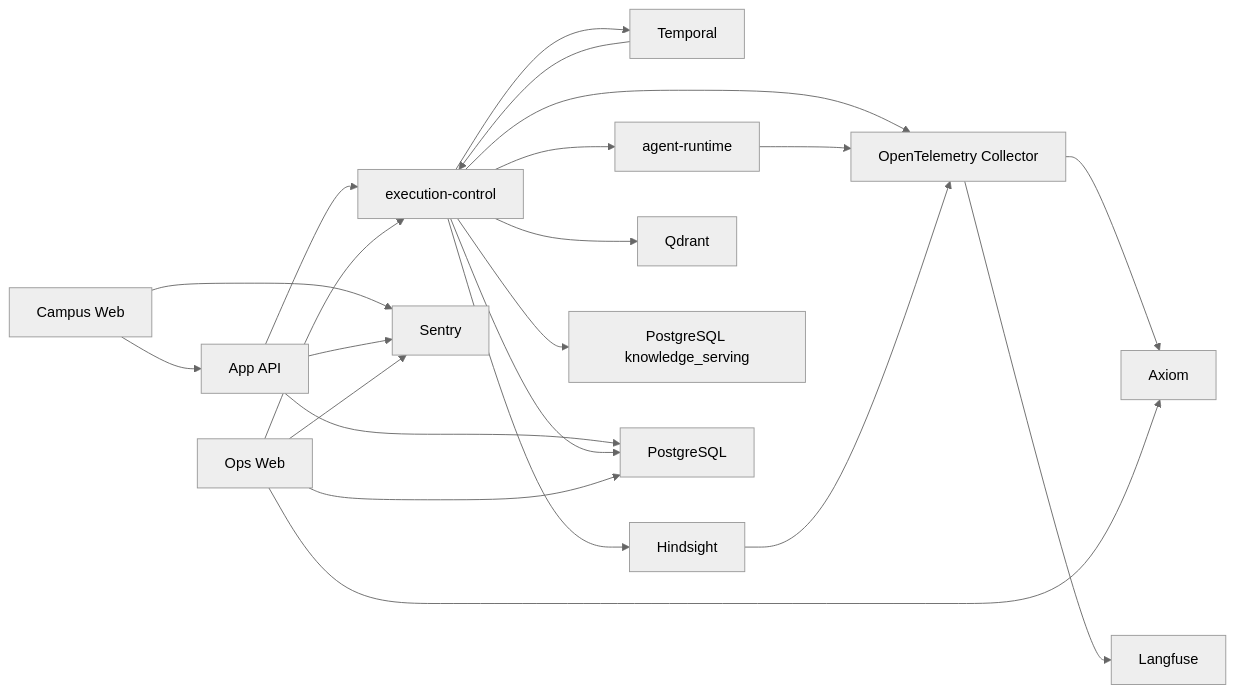
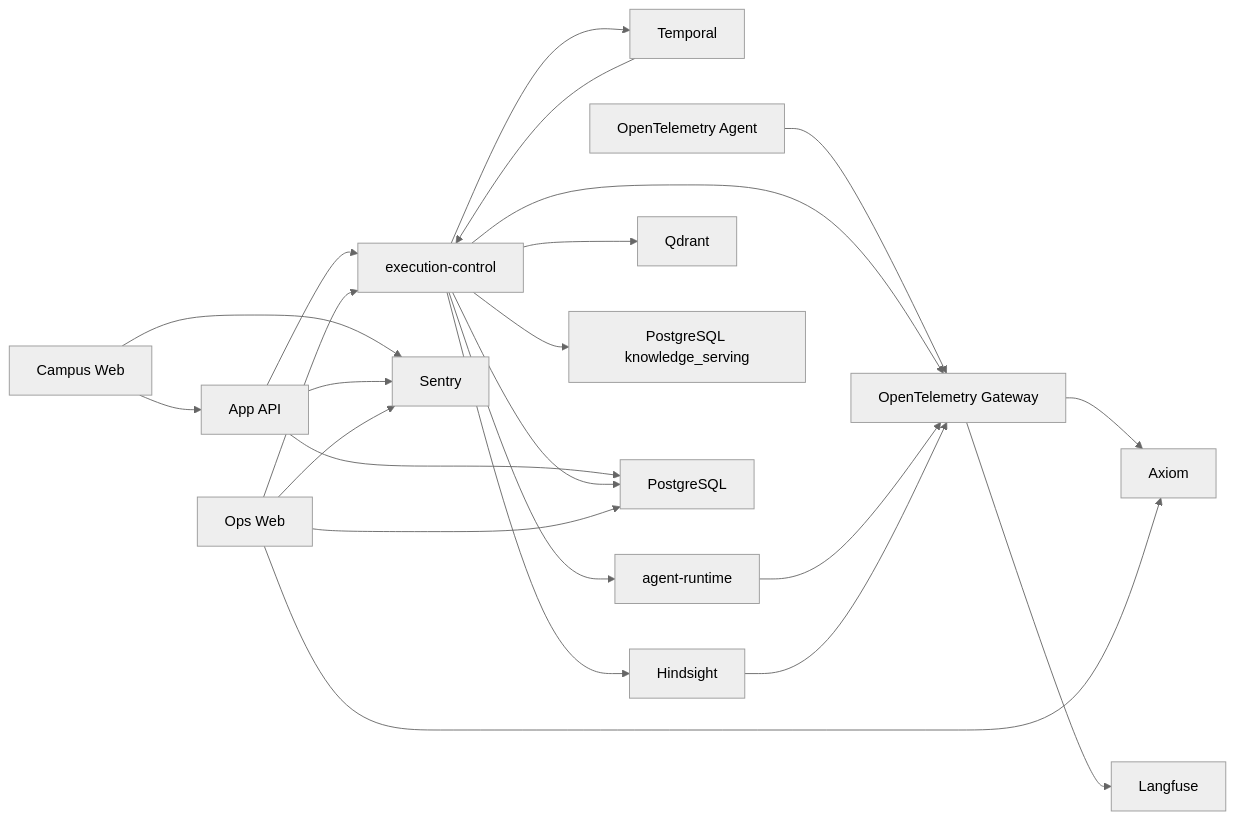
The diagram in docs/architecture/current.md (Luxfeier22331/campus-agent-main), drawn with Mermaid (neutral theme) before and after one commit. The commit also changed other lines of this file and 41 other files, not shown here.

````diff
--- a/docs/architecture/current.md
+++ b/docs/architecture/current.md
@@ -16,36 +16,38 @@
 ```mermaid
 flowchart LR
   Web["Campus Web"]
   Ops["Ops Web"]
   API["App API"]
   Control["execution-control"]
   Temporal["Temporal"]
   Agent["agent-runtime"]
   Memory["Hindsight"]
   Search["Qdrant"]
   Knowledge["PostgreSQL knowledge_serving"]
   DB["PostgreSQL"]
-  OTel["OpenTelemetry Collector"]
+  OTelAgent["OpenTelemetry Agent"]
+  OTelGateway["OpenTelemetry Gateway"]
   Axiom["Axiom"]
   Sentry["Sentry"]
   Langfuse["Langfuse"]
 
   Web --> API --> Control --> Temporal
   Temporal --> Control --> Agent
   Control --> Memory
   Control --> Search
   Control --> Knowledge
   API --> DB
   Control --> DB
   Ops --> DB
   Ops --> Control
-  Control --> OTel
-  Agent --> OTel
-  Memory --> OTel
-  OTel --> Axiom
-  OTel --> Langfuse
+  OTelAgent --> OTelGateway
+  Control --> OTelGateway
+  Agent --> OTelGateway
+  Memory --> OTelGateway
+  OTelGateway --> Axiom
+  OTelGateway --> Langfuse
   Web --> Sentry
   API --> Sentry
   Ops --> Axiom
   Ops --> Sentry
 ```
````
